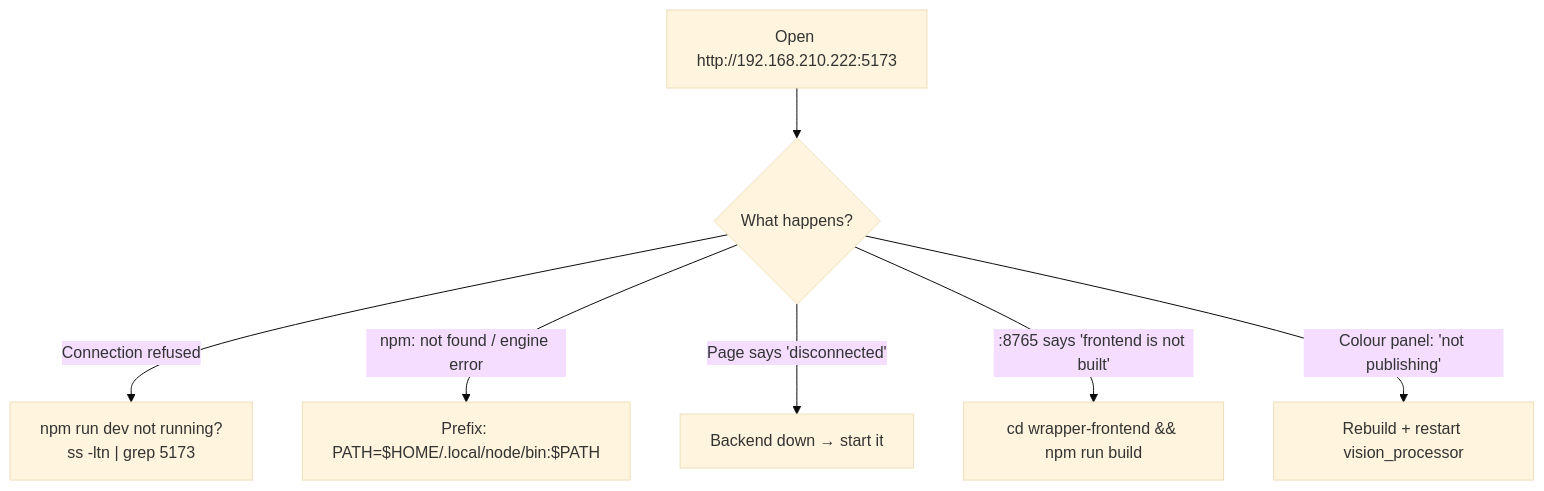
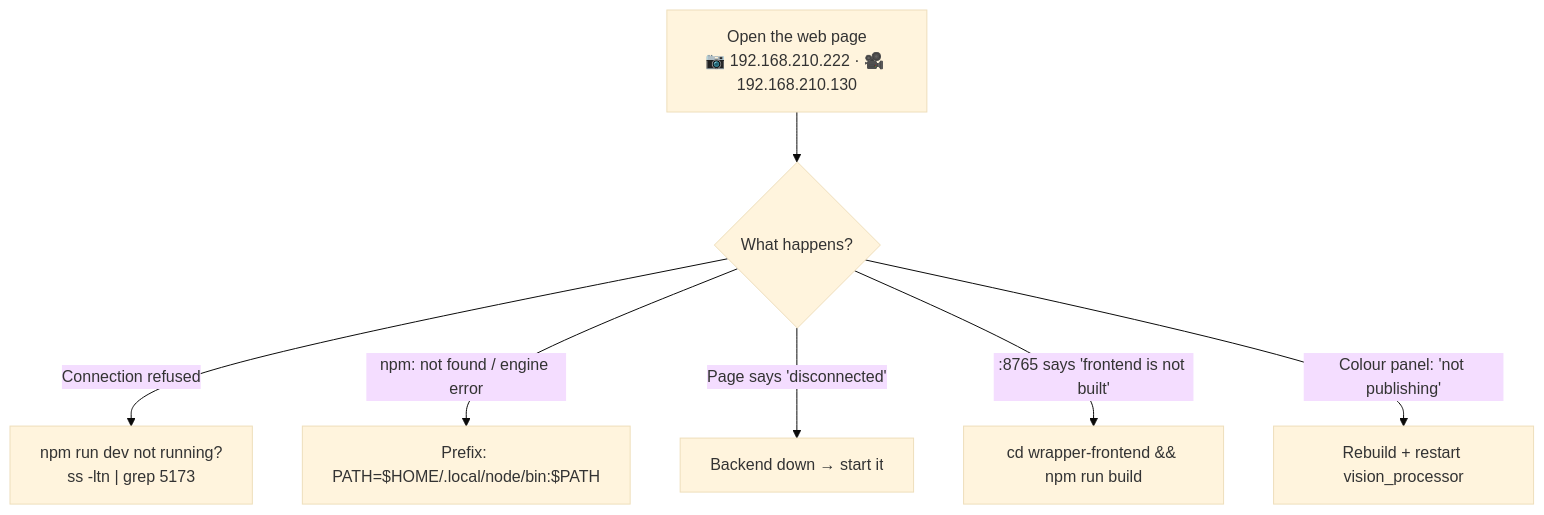
Before and after one commit to WSU-TurtleRabbit/ssl-vision-processor: the fourth of 4 diagrams in docs/troubleshooting.md, drawn with Mermaid (base theme). The commit also changed other lines of this file and 19 other files, not shown here.

````diff
--- a/docs/troubleshooting.md
+++ b/docs/troubleshooting.md
@@ -59,9 +60,9 @@
 ```mermaid
 flowchart TD
-    A["Open http://192.168.210.222:5173"] --> B{"What happens?"}
+    A["Open the web page<br/>📷 192.168.210.222 · 🎥 192.168.210.130"] --> B{"What happens?"}
     B -->|"Connection refused"| B1["npm run dev not running?<br/>ss -ltn | grep 5173"]
     B -->|"npm: not found / engine error"| B2["Prefix: PATH=$HOME/.local/node/bin:$PATH"]
     B -->|"Page says 'disconnected'"| B3["Backend down → start it"]
     B -->|":8765 says 'frontend is not built'"| B4["cd wrapper-frontend && npm run build"]
     B -->|"Colour panel: 'not publishing'"| B5["Rebuild + restart vision_processor"]
 ```
````
